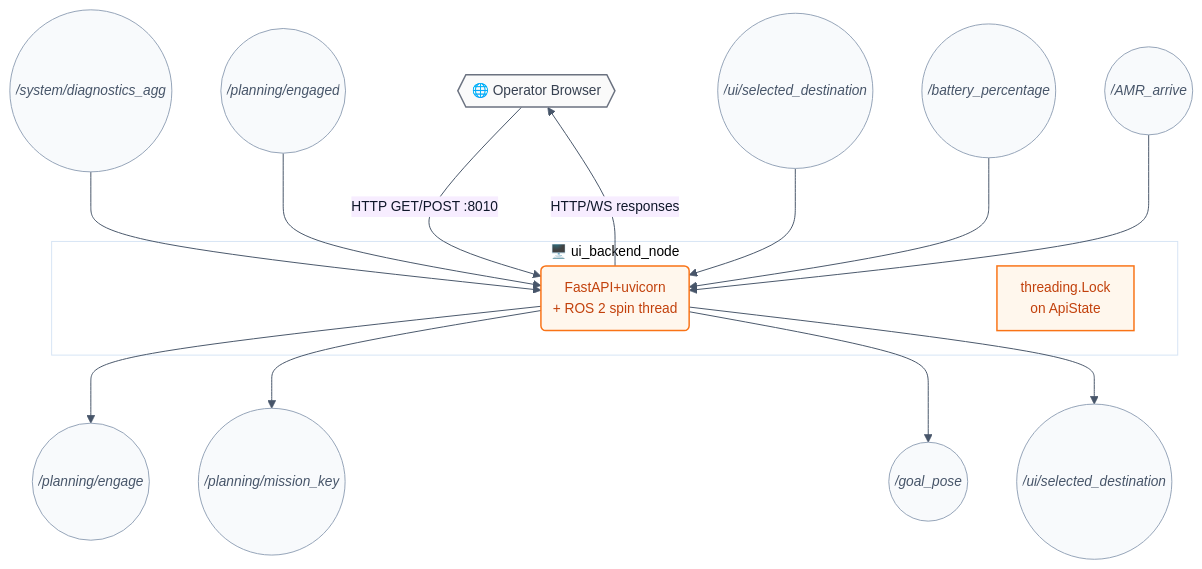
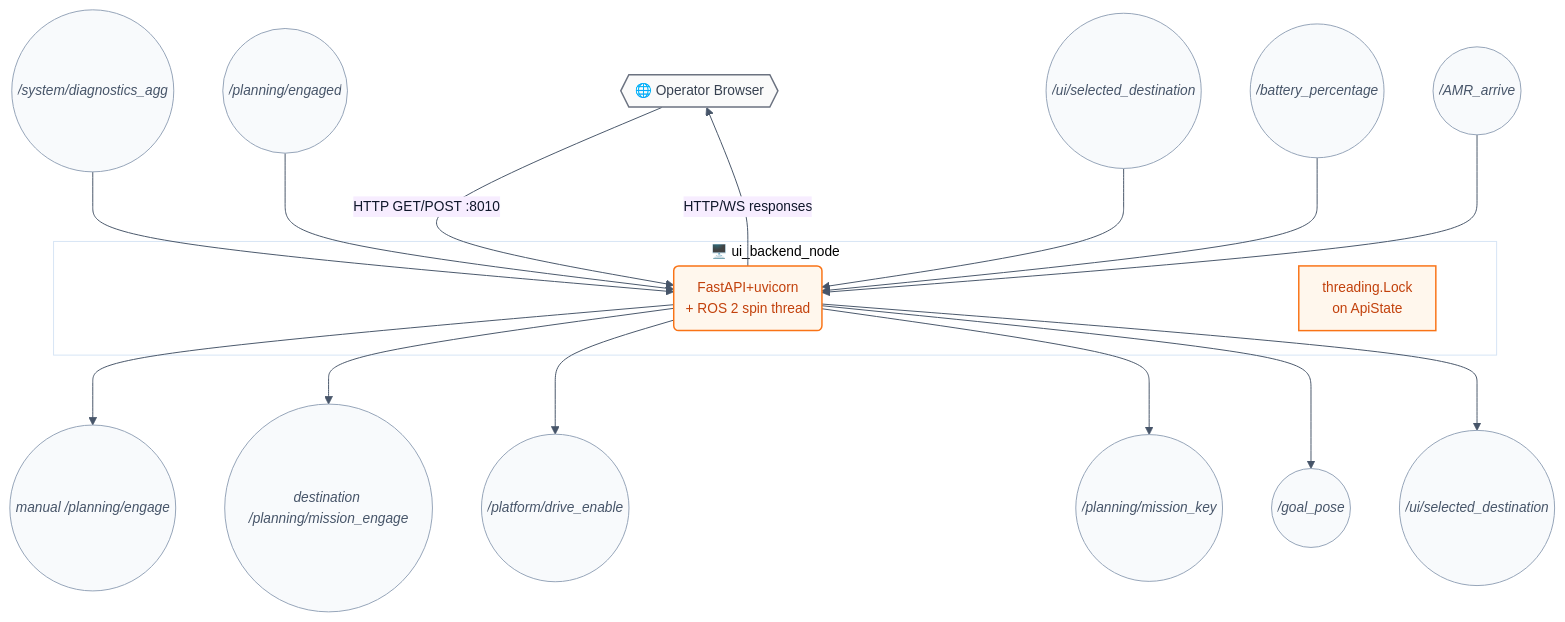
One commit to hwanhonglee/CAMROD changed the second of 5 diagrams in camrod_ui/README.md. Above: the diagram before and after it, drawn with Mermaid. The commit also changed other lines of this file and 8 other files, not shown here.

````diff
--- a/camrod_ui/README.md
+++ b/camrod_ui/README.md
@@ -82,26 +84,28 @@
 ```mermaid
 %%{init: {'theme': 'base', 'themeVariables': {'fontFamily': 'ui-sans-serif, system-ui, sans-serif', 'fontSize': '14px', 'primaryColor': '#FFF7ED', 'primaryTextColor': '#0F172A', 'primaryBorderColor': '#F97316', 'lineColor': '#475569'}, 'flowchart': {'curve': 'basis', 'htmlLabels': true, 'padding': 12}}}%%
 graph TD
   BROWSER{{🌐 Operator Browser}}:::hardware -->|HTTP GET/POST :8010| BACKEND
 
   subgraph BACKEND_BOX["🖥️ ui_backend_node"]
     BACKEND(FastAPI+uvicorn\n+ ROS 2 spin thread):::ui
     NOTE[threading.Lock\non ApiState]:::ui
   end
 
   DIAGAGG((/system/diagnostics_agg)):::topic     --> BACKEND
   ENGAGED((/planning/engaged)):::topic    --> BACKEND
   DEST((/ui/selected_destination)):::topic --> BACKEND
   BATTERY((/battery_percentage)):::topic  --> BACKEND
   ARRIVE((/AMR_arrive)):::topic           --> BACKEND
 
   BACKEND -->|HTTP/WS responses| BROWSER
-  BACKEND --> ENGAGE((/planning/engage)):::topic
+  BACKEND --> ENGAGE((manual /planning/engage)):::topic
+  BACKEND --> MISSIONENGAGE((destination /planning/mission_engage)):::topic
+  BACKEND --> DRIVEENABLE((/platform/drive_enable)):::topic
   BACKEND --> MISSIONKEY((/planning/mission_key)):::topic
   BACKEND --> GOALPOSE((/goal_pose)):::topic
   BACKEND --> DEST2((/ui/selected_destination)):::topic
 
   classDef ui       fill:#FFF7ED,stroke:#F97316,stroke-width:1.5px,color:#C2410C;
   classDef hardware fill:#FAFAFA,stroke:#6B7280,stroke-width:1.5px,color:#374151;
   classDef topic    fill:#F8FAFC,stroke:#94A3B8,stroke-width:1px,color:#475569,font-style:italic;
 ```
````
